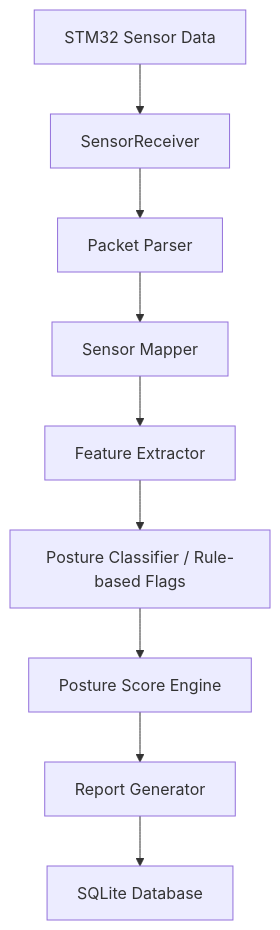
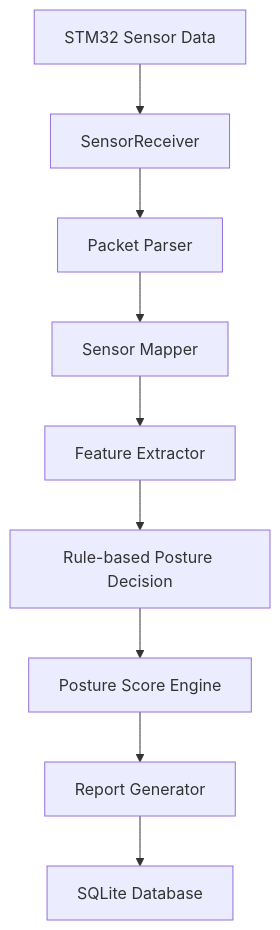
One commit to gwonxhj/edge-posture-monitor changed the fourth of 4 diagrams in README.md. Above: the diagram before and after it, drawn with Mermaid. The commit also changed other lines of this file, not shown here.

````diff
--- a/README.md
+++ b/README.md
@@ -258,22 +295,22 @@
 ```mermaid
 flowchart TD
 
 	Sensor["STM32 Sensor Data"]
     Receiver["SensorReceiver"]
     Parser["Packet Parser"]
     Mapper["Sensor Mapper"]
     Feature["Feature Extractor"]
-    Classifier["Posture Classifier / Rule-based Flags"]
+    Decision["Rule-based Posture Decision"]
     Score["Posture Score Engine"]
     Report["Report Generator"]
     DB["SQLite Database"]
 
     Sensor --> Receiver
     Receiver --> Parser
     Parser --> Mapper
     Mapper --> Feature
-    Feature --> Classifier
-    Classifier --> Score
+    Feature --> Decision
+    Decision --> Score
     Score --> Report
     Report --> DB
 ```
````
